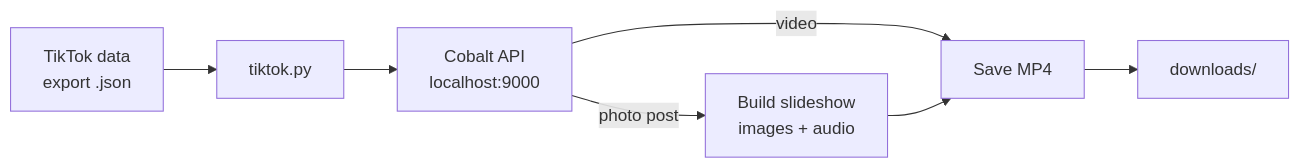
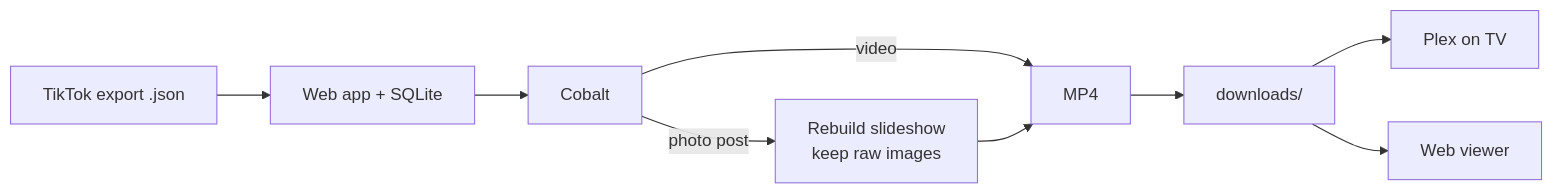
One commit to JackB296/tiktok-favorites-archiver changed the diagram in README.md. Above: the diagram before and after it, drawn with Mermaid. The commit also changed other lines of this file and 1 other file, not shown here.

````diff
--- a/README.md
+++ b/README.md
@@ -44,9 +50,11 @@
 ```mermaid
 flowchart LR
-    A[TikTok data<br/>export .json] --> B[tiktok.py]
-    B --> C[Cobalt API<br/>localhost:9000]
-    C -->|video| D[Save MP4]
-    C -->|photo post| E[Build slideshow<br/>images + audio]
+    A[TikTok export .json] --> B[Web app + SQLite]
+    B --> C[Cobalt]
+    C -->|video| D[MP4]
+    C -->|photo post| E[Rebuild slideshow<br/>keep raw images]
     E --> D
     D --> F[downloads/]
+    F --> G[Plex on TV]
+    F --> H[Web viewer]
 ```
````
